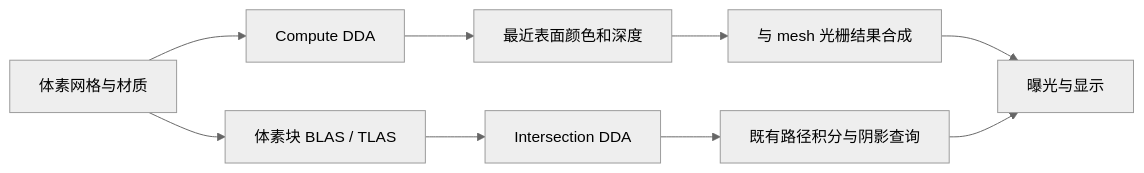
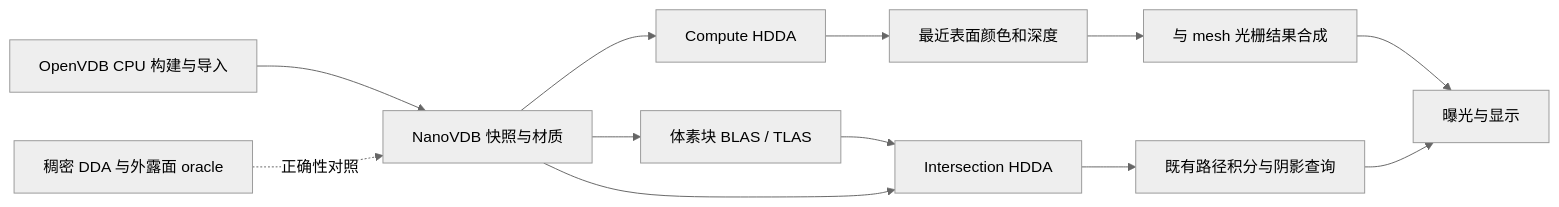
Before and after one commit to dogking-DK/DeckerEngine: the diagram in spec/design/render-voxels.md, drawn with Mermaid (neutral theme). The commit also changed other lines of this file and 14 other files, not shown here.

First line of the commit message:
docs: 将 OpenVDB 和 NanoVDB 纳入 M23 稀疏方案

````diff
--- a/spec/design/render-voxels.md
+++ b/spec/design/render-voxels.md
@@ -129,11 +148,14 @@
 ```mermaid
 flowchart LR
-  V[体素网格与材质] --> C[Compute DDA]
+  O[OpenVDB CPU 构建与导入] --> V[NanoVDB 快照与材质]
+  D[稠密 DDA 与外露面 oracle] -. 正确性对照 .-> V
+  V --> C[Compute HDDA]
   C --> H[最近表面颜色和深度]
   H --> R[与 mesh 光栅结果合成]
   V --> A[体素块 BLAS / TLAS]
-  A --> I[Intersection DDA]
+  A --> I[Intersection HDDA]
+  V --> I
   I --> P[既有路径积分与阴影查询]
   R --> T[曝光与显示]
   P --> T
 ```
````
